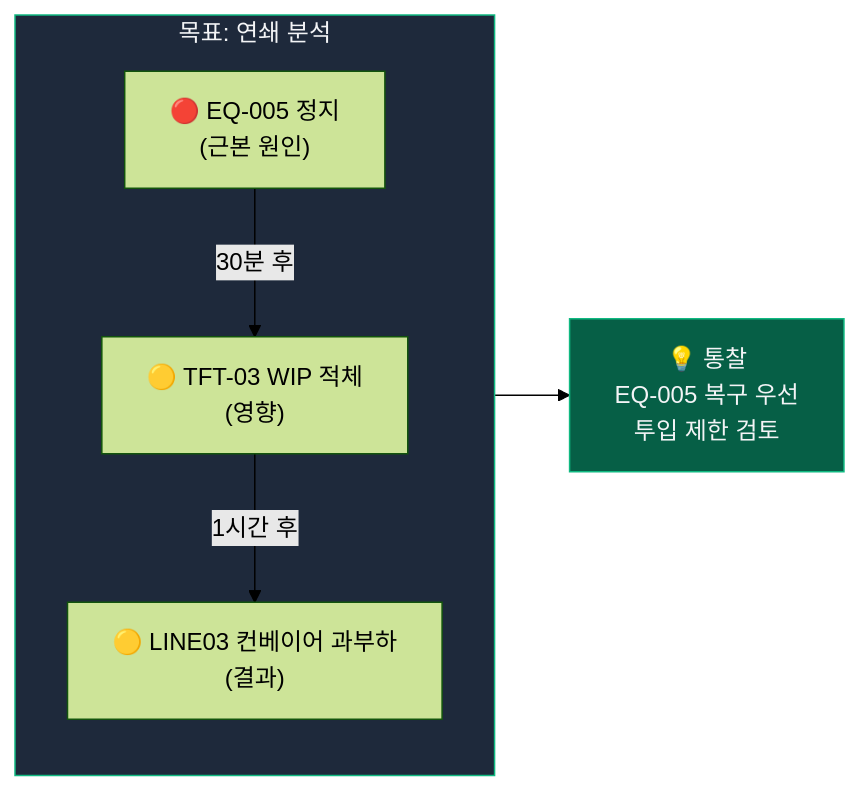
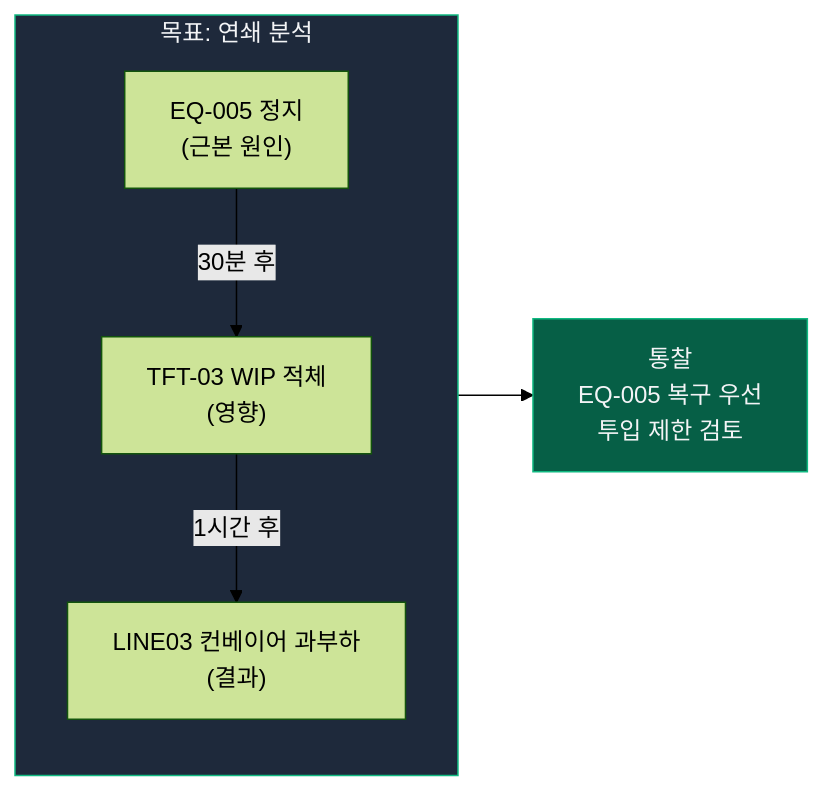
One commit to donchoru/fab-anomaly-detection changed the eighth of 8 diagrams in README.md. Above: the diagram before and after it, drawn with Mermaid (forest theme). The commit also changed other lines of this file, not shown here.

````diff
--- a/README.md
+++ b/README.md
@@ -621,17 +757,17 @@
 ```mermaid
 graph LR
     subgraph goal["목표: 연쇄 분석"]
-        cause["🔴 EQ-005 정지<br/>(근본 원인)"]
-        effect1["🟡 TFT-03 WIP 적체<br/>(영향)"]
-        effect2["🟡 LINE03 컨베이어 과부하<br/>(결과)"]
+        cause["EQ-005 정지<br/>(근본 원인)"]
+        effect1["TFT-03 WIP 적체<br/>(영향)"]
+        effect2["LINE03 컨베이어 과부하<br/>(결과)"]
 
         cause -->|30분 후| effect1
         effect1 -->|1시간 후| effect2
     end
 
-    insight["💡 통찰<br/>EQ-005 복구 우선<br/>투입 제한 검토"]
+    insight["통찰<br/>EQ-005 복구 우선<br/>투입 제한 검토"]
     goal --> insight
 
     style goal fill:#1e293b,stroke:#10b981,color:#f3f4f6
     style insight fill:#065f46,stroke:#10b981,color:#f3f4f6
 ```
````
